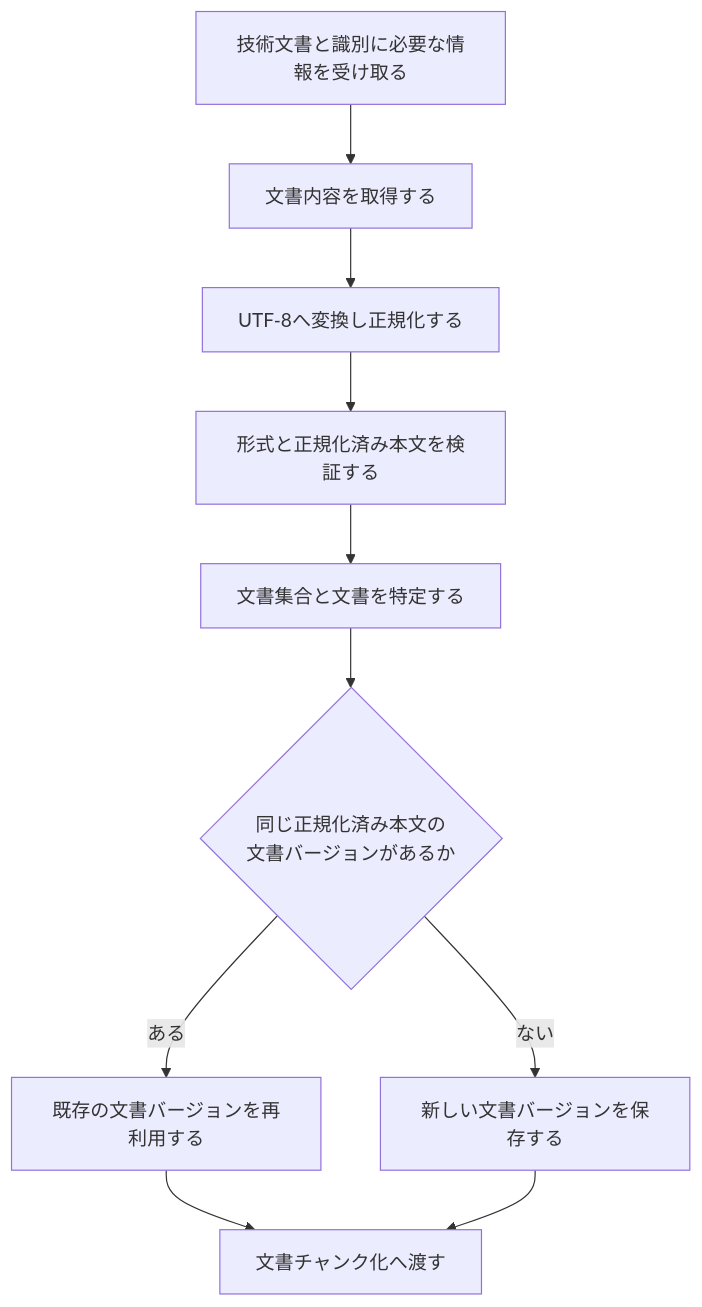
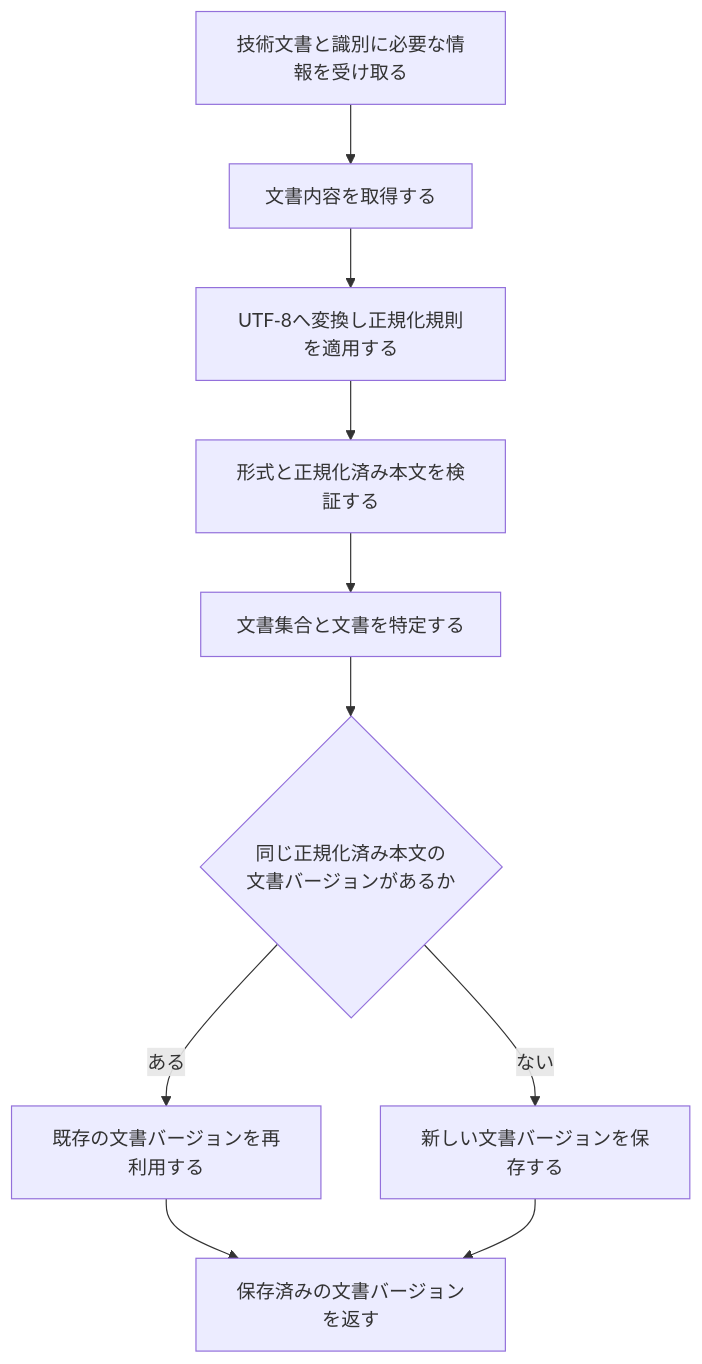
The diagram in project-docs/design/domains/documents/文書取り込み詳細設計.md (takashit16833/RAGScope), drawn with Mermaid before and after one commit. The commit also changed other lines of this file and 2 other files, not shown here.

````diff
--- a/project-docs/design/domains/documents/文書取り込み詳細設計.md
+++ b/project-docs/design/domains/documents/文書取り込み詳細設計.md
@@ -22,16 +22,16 @@
 ```mermaid
 flowchart TD
     Receive["技術文書と識別に必要な情報を受け取る"]
     Read["文書内容を取得する"]
-    Normalize["UTF-8へ変換し正規化する"]
+    Normalize["UTF-8へ変換し正規化規則を適用する"]
     Validate["形式と正規化済み本文を検証する"]
     Identify["文書集合と文書を特定する"]
     Compare{"同じ正規化済み本文の<br>文書バージョンがあるか"}
     Reuse["既存の文書バージョンを再利用する"]
     Create["新しい文書バージョンを保存する"]
-    Handoff["文書チャンク化へ渡す"]
+    Return["保存済みの文書バージョンを返す"]
 
     Receive --> Read --> Normalize --> Validate --> Identify --> Compare
-    Compare -->|ある| Reuse --> Handoff
-    Compare -->|ない| Create --> Handoff
+    Compare -->|ある| Reuse --> Return
+    Compare -->|ない| Create --> Return
 ```
````
